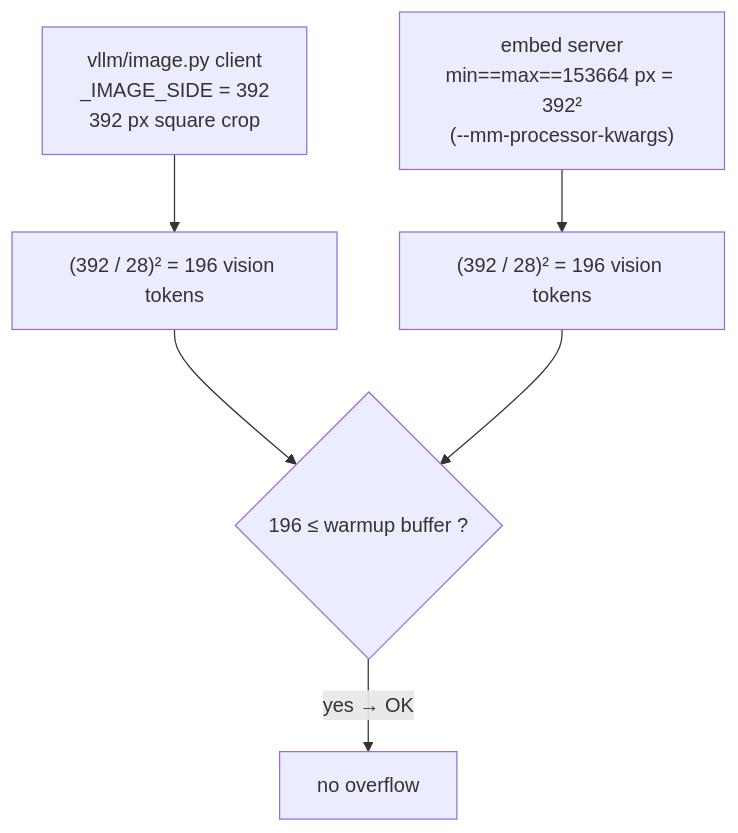
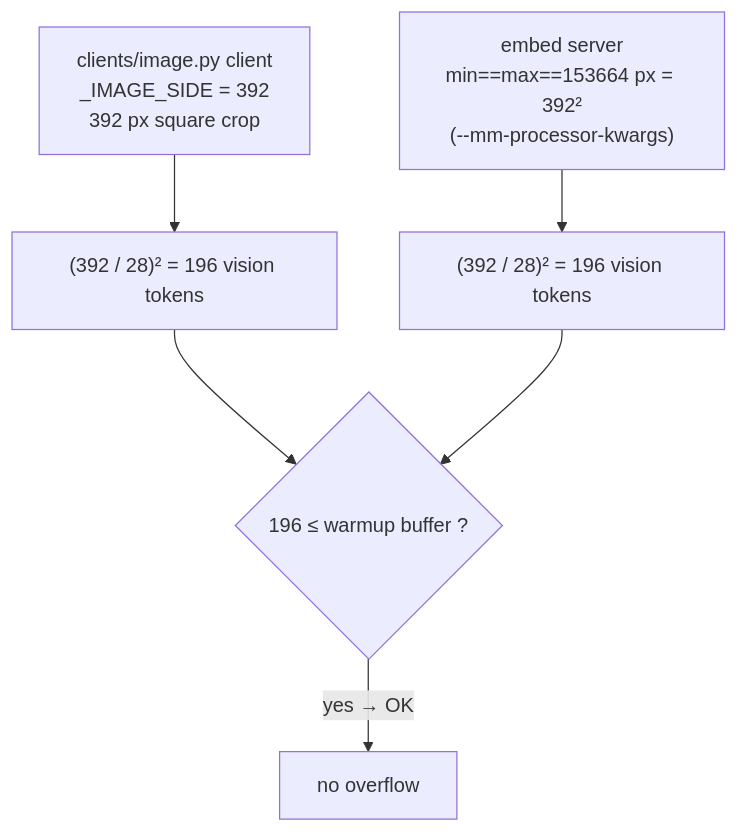
The fifth of 5 diagrams in docs/EMBEDDINGS.md (Borg93/lance-audio-demo), drawn with Mermaid before and after one commit. The commit also changed other lines of this file and 36 other files, not shown here.

````diff
--- a/docs/EMBEDDINGS.md
+++ b/docs/EMBEDDINGS.md
@@ -472,10 +472,10 @@
 ```mermaid
 flowchart TD
-    C["vllm/image.py client<br/>_IMAGE_SIDE = 392<br/>392 px square crop"]
+    C["clients/image.py client<br/>_IMAGE_SIDE = 392<br/>392 px square crop"]
     C --> CT["(392 / 28)² = 196 vision tokens"]
     S["embed server<br/>min==max==153664 px = 392²<br/>(--mm-processor-kwargs)"]
     S --> ST["(392 / 28)² = 196 vision tokens"]
     CT --> X{"196 ≤ warmup buffer ?"}
     ST --> X
     X -->|"yes → OK"| OK["no overflow"]
 ```
````
